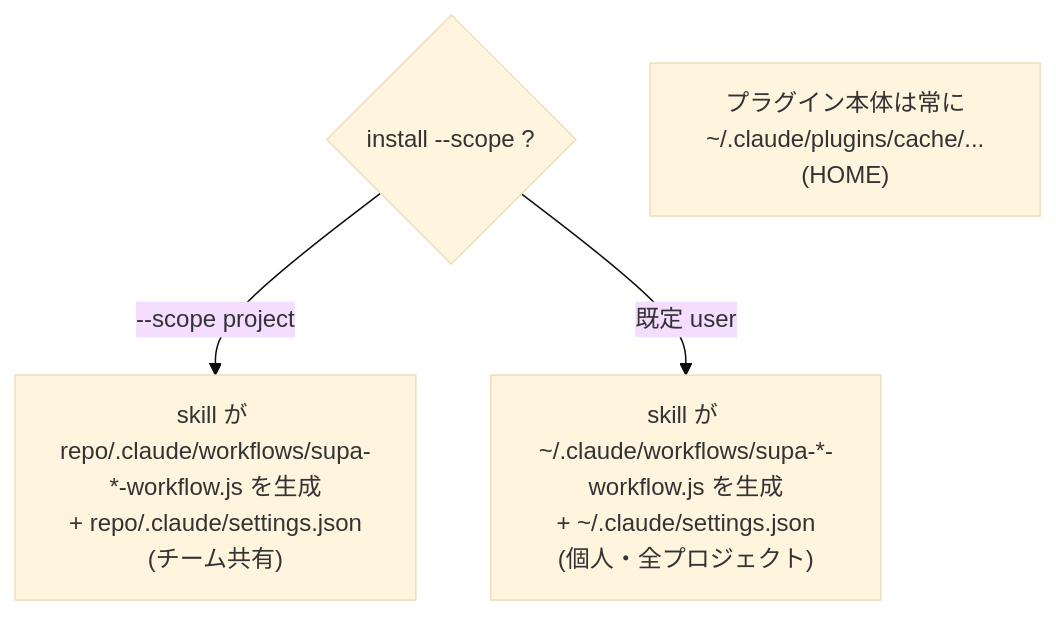
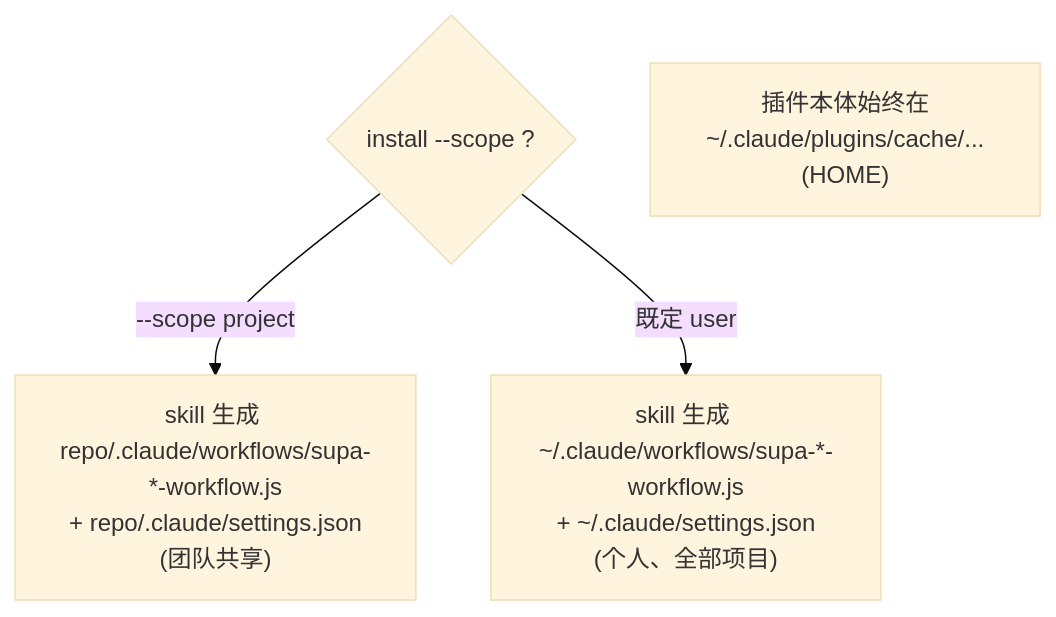
One commit to magcen-zone/supadevops changed the seventh of 7 diagrams in README.md. Above: the diagram before and after it, drawn with Mermaid (base theme). The commit also changed other lines of this file and 11 other files, not shown here.

````diff
--- a/README.md
+++ b/README.md
@@ -625,7 +625,7 @@
 ```mermaid
 flowchart TD
     I{"install --scope ?"}
-    I -->|--scope project| PROJ["skill が repo/.claude/workflows/supa-*-workflow.js を生成<br/>+ repo/.claude/settings.json<br/>(チーム共有)"]
-    I -->|既定 user| HOME["skill が ~/.claude/workflows/supa-*-workflow.js を生成<br/>+ ~/.claude/settings.json<br/>(個人・全プロジェクト)"]
-    BODY["プラグイン本体は常に<br/>~/.claude/plugins/cache/...(HOME)"]
+    I -->|--scope project| PROJ["skill 生成 repo/.claude/workflows/supa-*-workflow.js<br/>+ repo/.claude/settings.json<br/>(团队共享)"]
+    I -->|既定 user| HOME["skill 生成 ~/.claude/workflows/supa-*-workflow.js<br/>+ ~/.claude/settings.json<br/>(个人、全部项目)"]
+    BODY["插件本体始终在<br/>~/.claude/plugins/cache/...(HOME)"]
 ```
````
